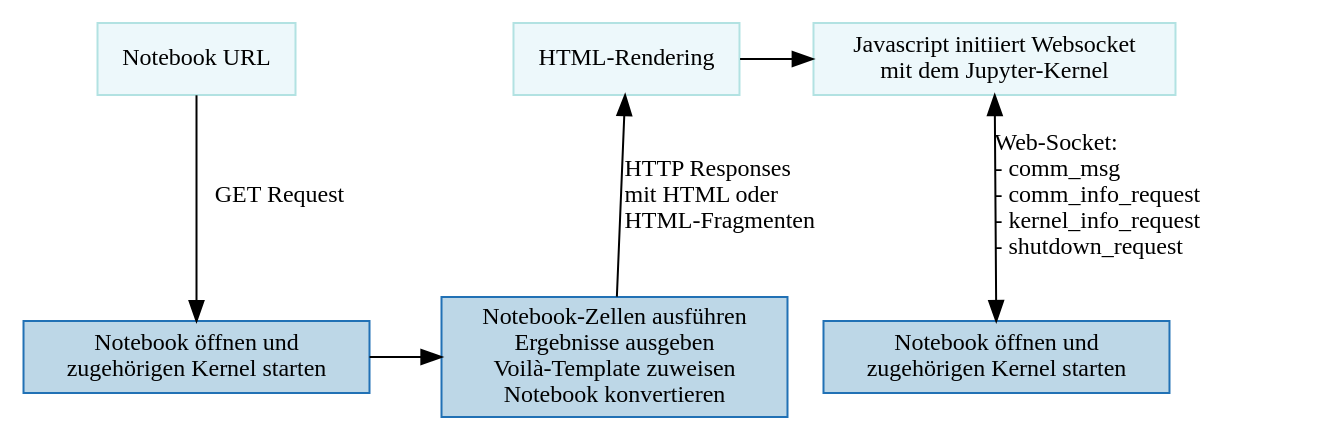
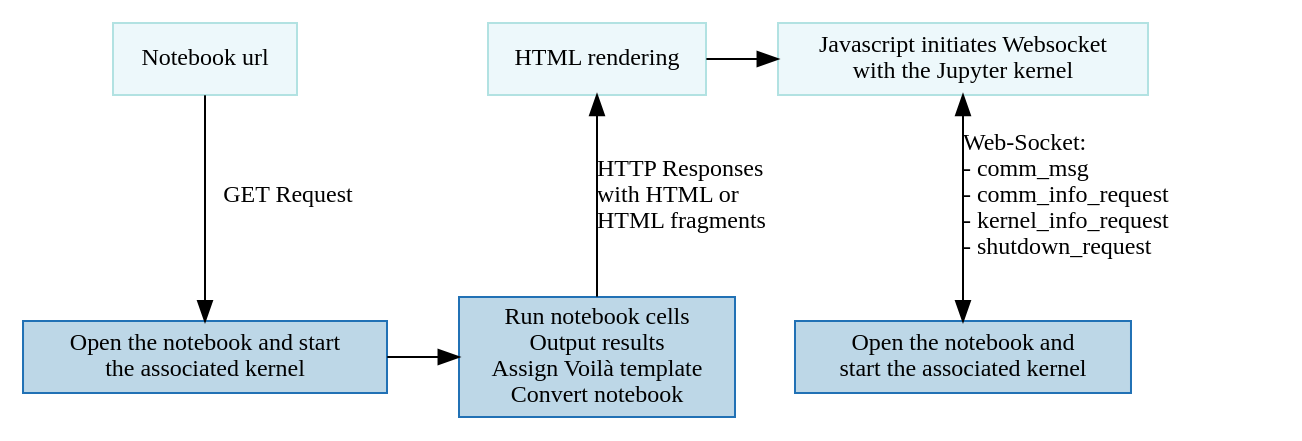
One commit to veit/jupyter-tutorial changed the diagram in docs/web/dashboards/voila/index.rst. Above: the diagram before and after it, drawn with Graphviz. The commit also changed other lines of this file and 125 other files, not shown here.

```diff
--- a/docs/web/dashboards/voila/index.rst
+++ b/docs/web/dashboards/voila/index.rst
@@ -34,61 +30,61 @@
 .. graphviz::
 
     digraph  execution_model {
         graph [fontname = "Calibri", fontsize="12"];
         node [fontname = "Calibri", fontsize="12"];
         edge [fontname = "Consolas", fontsize="12"];
         tooltip="Ausführungsmodell";
         subgraph cluster_browser {
             notebook_url [
                 shape=box,
-                label="Notebook URL";
+                label="Notebook url";
                 style=filled;
                 fillcolor="#edf8fb";
                 color="#b2e2e2"];
             html_rendering [
                 shape=box,
-                label="HTML-Rendering";
+                label="HTML rendering";
                 style=filled;
                 fillcolor="#edf8fb";
                 color="#b2e2e2"];
             init_websocket [
                 shape=box,
-                label="Javascript initiiert Websocket\nmit dem Jupyter-Kernel",
+                label="Javascript initiates Websocket\nwith the Jupyter kernel",
                 style=filled;
                 fillcolor="#edf8fb";
                 color="#b2e2e2"];
             label="Browser";
             labeljust="l";
         }
         subgraph cluster_server {
             html_open_notebook [
                 shape=box,
-                label="Notebook öffnen und\nzugehörigen Kernel starten";
+                label="Open the notebook and start\nthe associated kernel";
                 style=filled;
                 fillcolor="#bdd7e7";
                 color="#2171b5"];
             html_run_notebook [
                 shape=box,
-                label="Notebook-Zellen ausführen\nErgebnisse ausgeben\nVoilà-Template zuweisen\nNotebook konvertieren";
+                label="Run notebook cells\nOutput results\nAssign Voilà template\nConvert notebook";
                 style=filled;
                 fillcolor="#bdd7e7";
                 color="#2171b5"];
             ws_open_notebook [
                 shape=box,
-                label="Notebook öffnen und\nzugehörigen Kernel starten";
+                label="Open the notebook and\nstart the associated kernel";
                 style=filled;
                 fillcolor="#bdd7e7";
                 color="#2171b5"];
             label="Server";
             labeljust="l";
         }
         // Edges
         notebook_url -> html_open_notebook [label="GET Request"]
         html_open_notebook -> html_run_notebook
-        html_run_notebook -> html_rendering [label="HTTP Responses\lmit HTML oder\lHTML-Fragmenten\l"]
+        html_run_notebook -> html_rendering [label="HTTP Responses\lwith HTML or\lHTML fragments\l"]
         html_rendering -> init_websocket
         init_websocket -> ws_open_notebook [dir=both label="Web-Socket:\l- comm_msg\l- comm_info_request\l- kernel_info_request\l- shutdown_request\l"]
         // Arrangement
         {rank = same; notebook_url; html_rendering; init_websocket;}
         {rank = same; html_open_notebook; html_run_notebook; ws_open_notebook;}
     }
```
